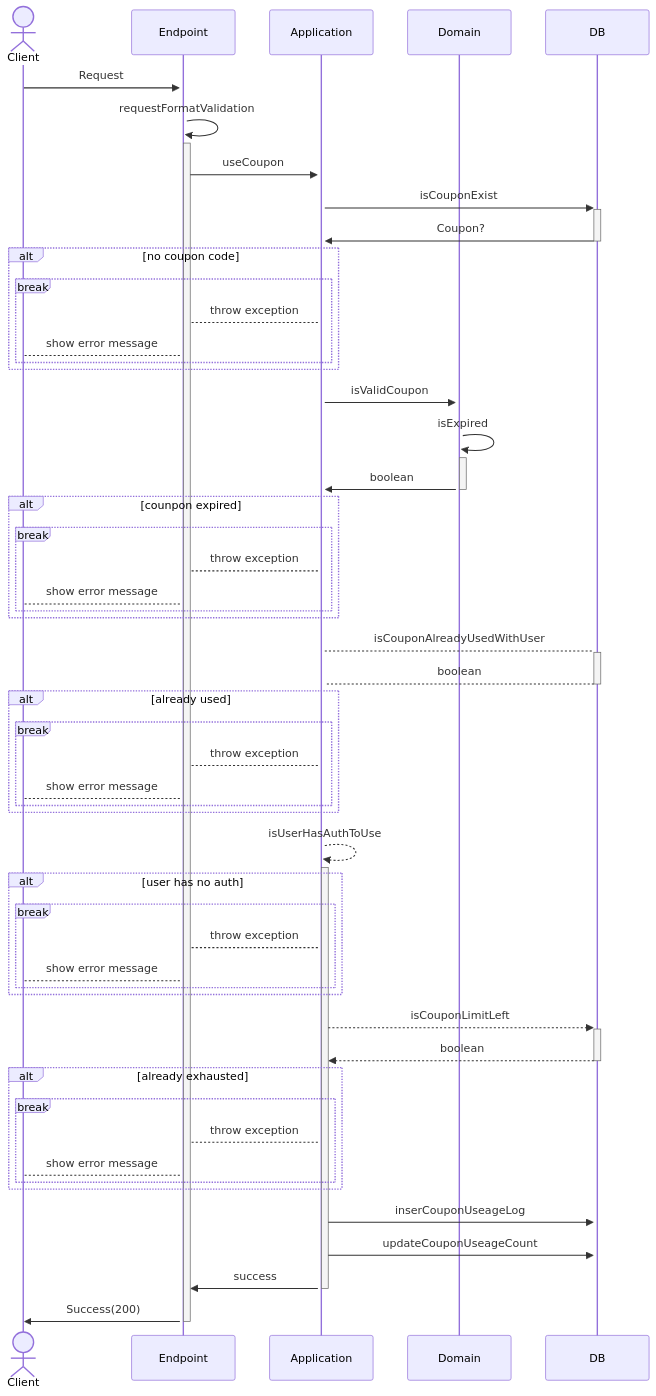
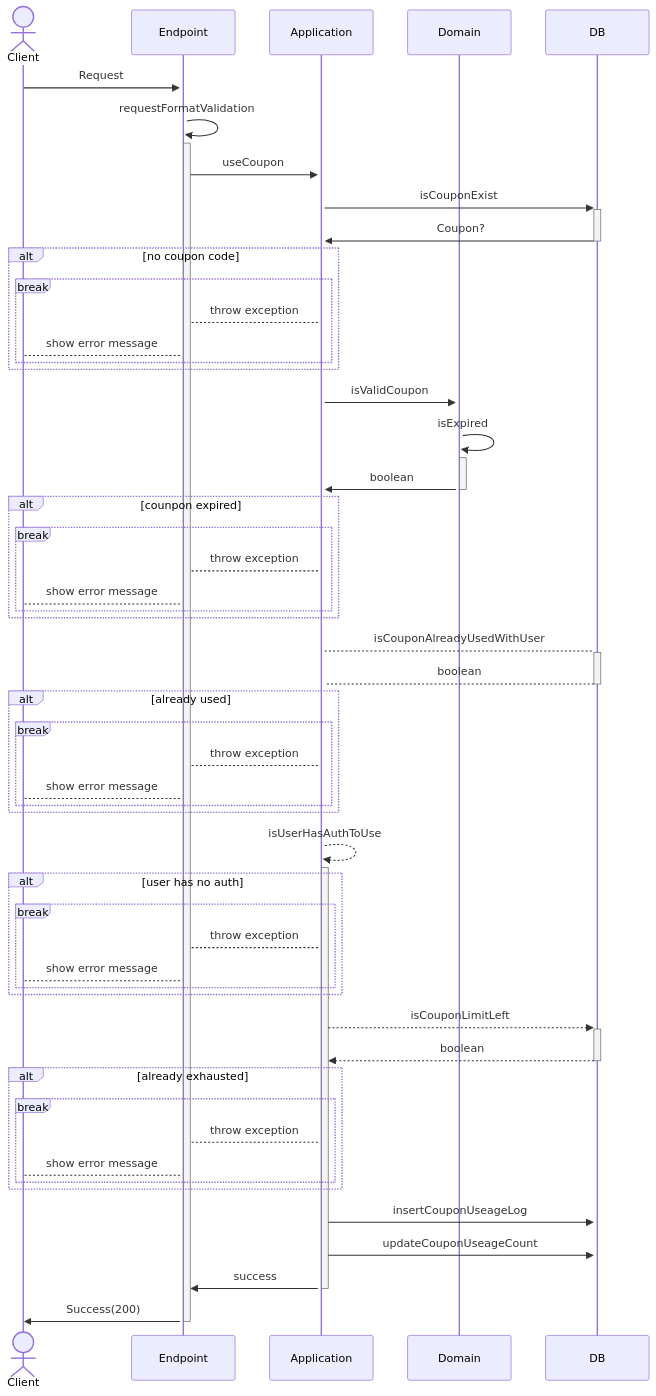
One commit to OrganizedServer/couponServerByTjeong changed the second of 2 diagrams in sequence.md. Above: the diagram before and after it, drawn with Mermaid.

Commit message:
오타 수정

````diff
--- a/sequence.md
+++ b/sequence.md
@@ -104,55 +104,55 @@
 ```mermaid
 sequenceDiagram
     actor Client
     participant Endpoint
     participant Application
     participant Domain
     participant DB
     Client->>+Endpoint: Request
     Endpoint->>+Endpoint: requestFormatValidation
     Endpoint->>+Application: useCoupon
     Application->>+DB : isCouponExist
     DB->>-Application : Coupon?
     alt no coupon code
         break
         Application-->Endpoint: throw exception
         Endpoint-->Client: show error message
         end
     end
     Application->>+Domain: isValidCoupon
     Domain->>+Domain: isExpired
     Domain->>-Application: boolean
     alt counpon expired
         break
         Application-->Endpoint: throw exception
         Endpoint-->Client: show error message
         end
     end
     Application-->+DB: isCouponAlreadyUsedWithUser
     DB-->-Application: boolean
     alt already used
         break
         Application-->Endpoint: throw exception
         Endpoint-->Client: show error message
         end
     end
     Application-->>+Application: isUserHasAuthToUse
     alt user has no auth
         break
         Application-->Endpoint: throw exception
         Endpoint-->Client: show error message
         end
     end
     Application-->>+DB: isCouponLimitLeft
     DB-->>-Application: boolean
     alt already exhausted
         break
         Application-->Endpoint: throw exception
         Endpoint-->Client: show error message
         end
     end
-    Application->>+DB: inserCouponUseageLog
+    Application->>+DB: insertCouponUseageLog
     Application->>+DB: updateCouponUseageCount
     Application->>-Endpoint: success
     Endpoint->>-Client: Success(200)
 ```
````
